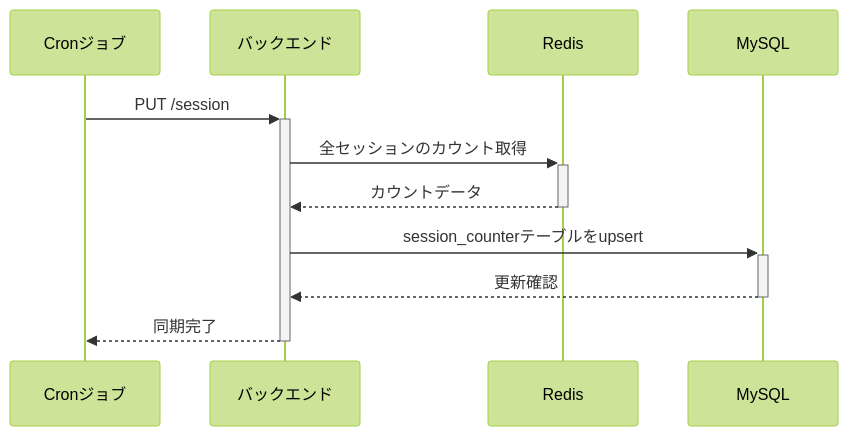
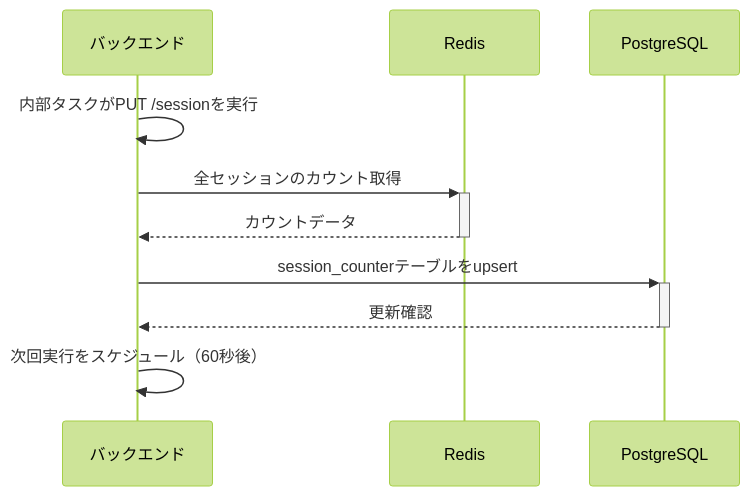
One commit to playpark-llc/kazoeru-kun changed the fourth of 5 diagrams in README.md. Above: the diagram before and after it, drawn with Mermaid (forest theme). The commit also changed other lines of this file and 1 other file, not shown here.

First line of the commit message:
docs: Update README.md and CLAUDE.md for PostgreSQL migration

````diff
--- a/README.md
+++ b/README.md
@@ -156,14 +159,14 @@
 ```mermaid
 sequenceDiagram
-    participant Cron as Cronジョブ
+    participant Backend as バックエンド（内部タスク）
     participant Backend as バックエンド
     participant Redis as Redis
-    participant MySQL as MySQL
+    participant PostgreSQL as PostgreSQL
 
-    Cron->>+Backend: PUT /session
+    Backend->>Backend: 内部タスクがPUT /sessionを実行
     Backend->>+Redis: 全セッションのカウント取得
     Redis-->>-Backend: カウントデータ
-    Backend->>+MySQL: session_counterテーブルをupsert
-    MySQL-->>-Backend: 更新確認
-    Backend-->>-Cron: 同期完了
+    Backend->>+PostgreSQL: session_counterテーブルをupsert
+    PostgreSQL-->>-Backend: 更新確認
+    Backend->>Backend: 次回実行をスケジュール（60秒後）
 ```
````
